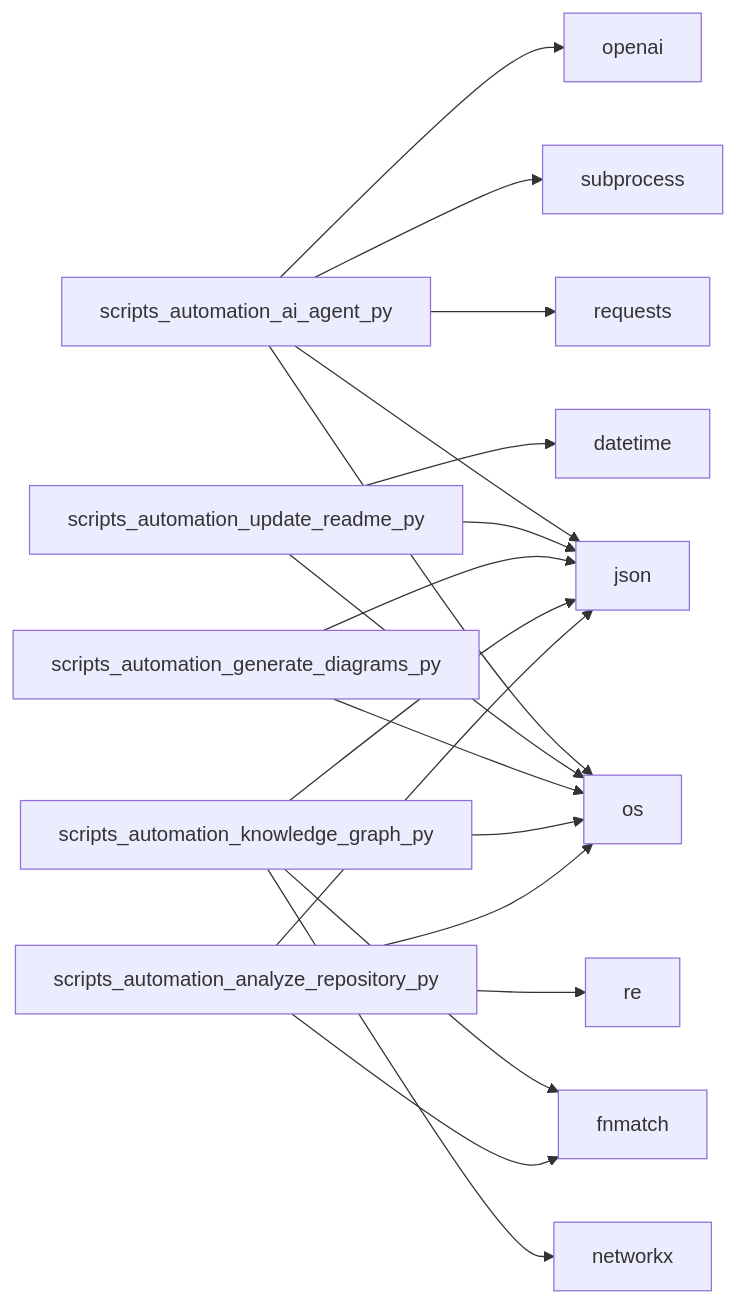
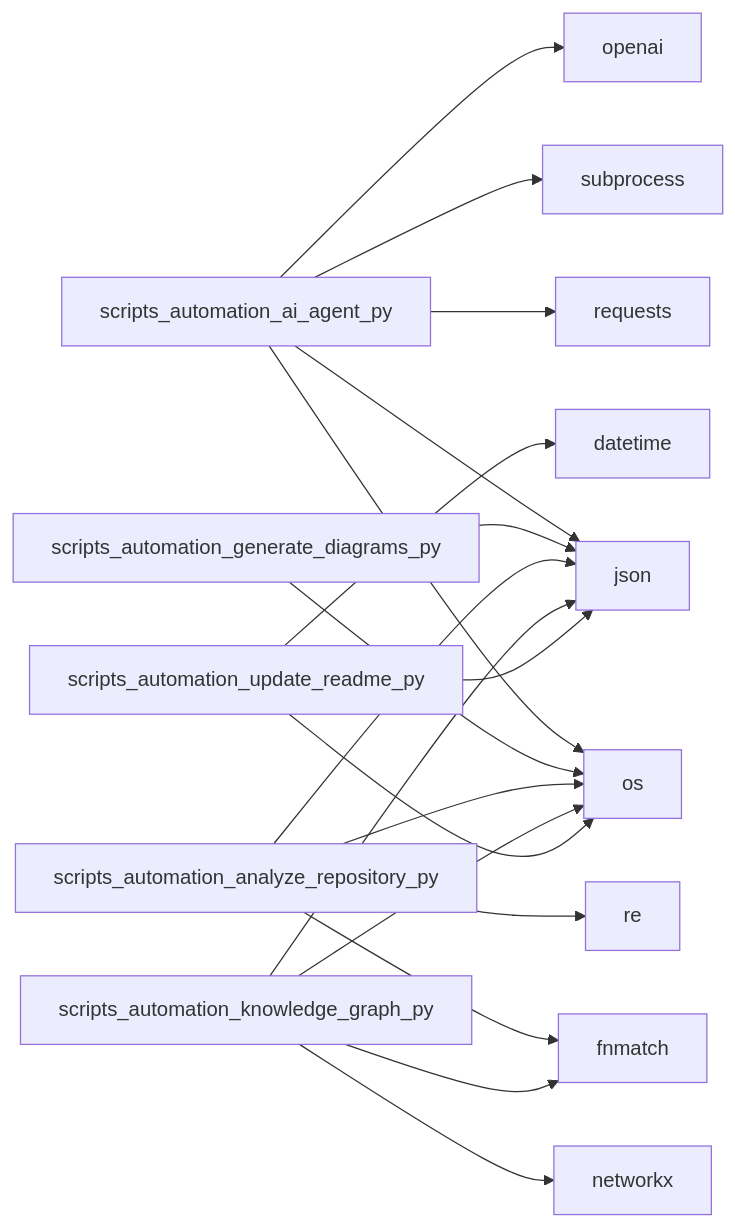
One commit to NITISH-R-G/FUTURE_DS_01 changed the second of 2 diagrams in README.md. Above: the diagram before and after it, drawn with Mermaid. The commit also changed other lines of this file and 3 other files, not shown here.

Commit message:
docs: auto-update repository state and diagrams [skip auto]

````diff
--- a/README.md
+++ b/README.md
@@ -39,21 +39,21 @@
 ```mermaid
 graph LR;
     scripts_automation_ai_agent_py --> os;
     scripts_automation_ai_agent_py --> requests;
     scripts_automation_ai_agent_py --> json;
     scripts_automation_ai_agent_py --> subprocess;
     scripts_automation_ai_agent_py --> openai;
-    scripts_automation_update_readme_py --> json;
-    scripts_automation_update_readme_py --> os;
-    scripts_automation_update_readme_py --> datetime;
     scripts_automation_generate_diagrams_py --> json;
     scripts_automation_generate_diagrams_py --> os;
+    scripts_automation_analyze_repository_py --> os;
+    scripts_automation_analyze_repository_py --> json;
+    scripts_automation_analyze_repository_py --> fnmatch;
+    scripts_automation_analyze_repository_py --> re;
     scripts_automation_knowledge_graph_py --> os;
     scripts_automation_knowledge_graph_py --> json;
     scripts_automation_knowledge_graph_py --> networkx;
     scripts_automation_knowledge_graph_py --> fnmatch;
-    scripts_automation_analyze_repository_py --> os;
-    scripts_automation_analyze_repository_py --> json;
-    scripts_automation_analyze_repository_py --> fnmatch;
-    scripts_automation_analyze_repository_py --> re;
+    scripts_automation_update_readme_py --> json;
+    scripts_automation_update_readme_py --> os;
+    scripts_automation_update_readme_py --> datetime;
 ```
````
